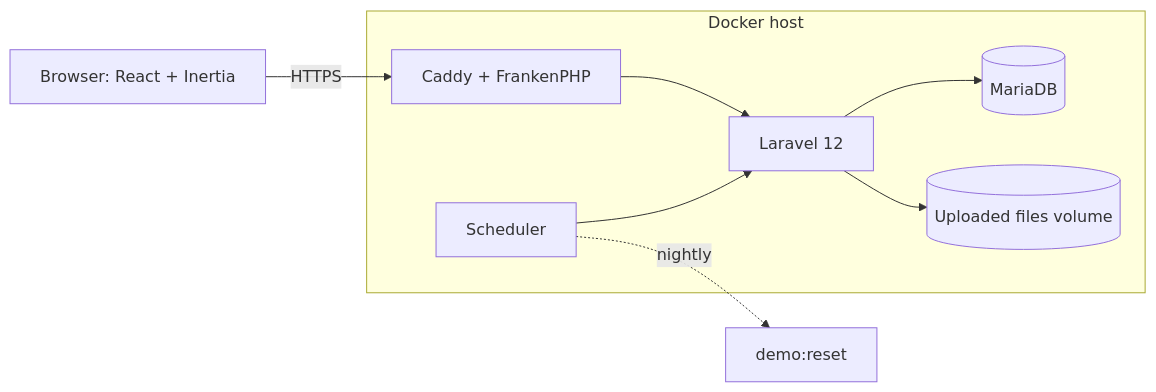
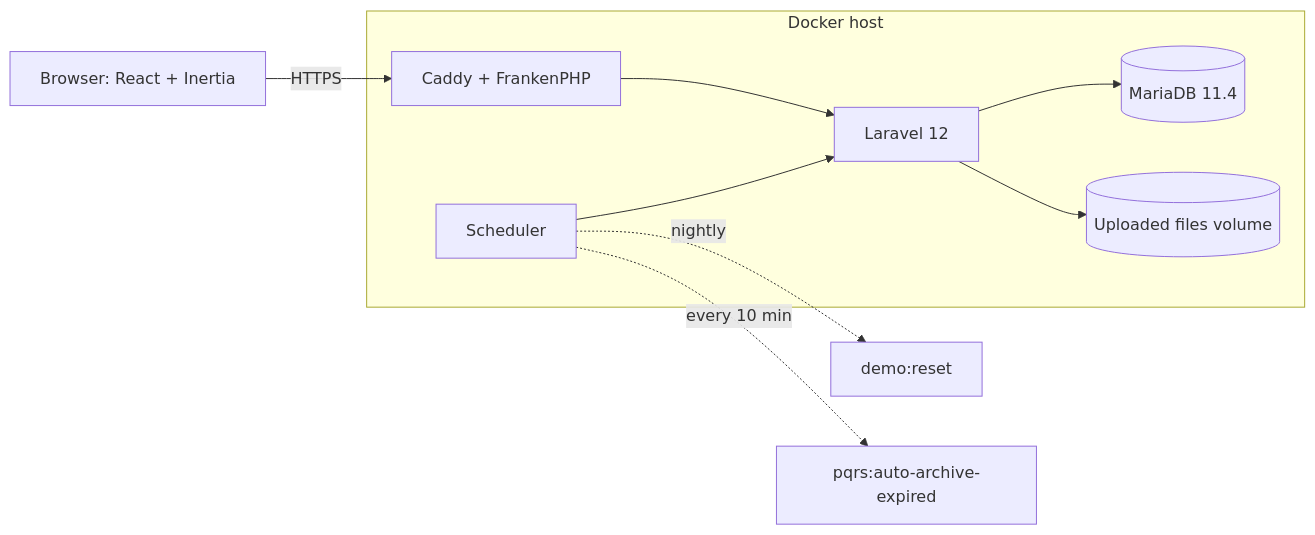
One commit to Joalregra/gedocs-demo changed the diagram in README.md. Above: the diagram before and after it, drawn with Mermaid. The commit also changed other lines of this file and 6 other files, not shown here.

````diff
--- a/README.md
+++ b/README.md
@@ -52,11 +52,12 @@
 ```mermaid
 flowchart LR
     B[Browser: React + Inertia] -->|HTTPS| C[Caddy + FrankenPHP]
     subgraph Docker host
       C --> L[Laravel 12]
       S[Scheduler] --> L
-      L --> D[(MariaDB)]
+      L --> D[(MariaDB 11.4)]
       L --> F[(Uploaded files volume)]
     end
     S -. nightly .-> R[demo:reset]
+    S -. every 10 min .-> A[pqrs:auto-archive-expired]
 ```
````
